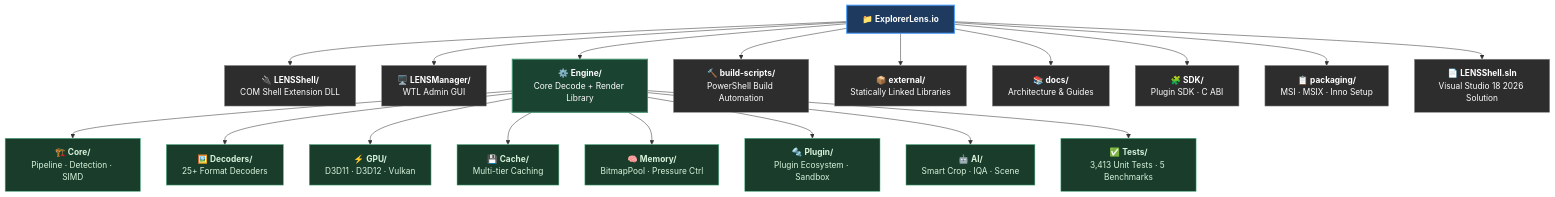
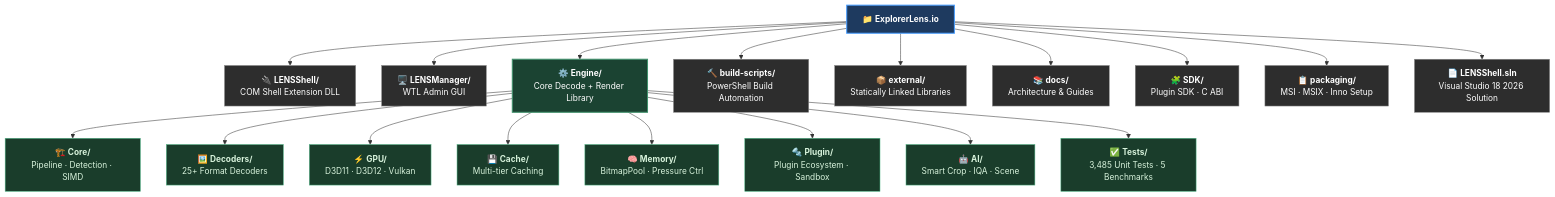
The diagram in README.md (RajwanYair/ExplorerLens.io), drawn with Mermaid before and after one commit. The commit also changed other lines of this file and 20 other files, not shown here.

````diff
--- a/README.md
+++ b/README.md
@@ -206,42 +206,42 @@
 ```mermaid
 graph TD
     ROOT["📁 <b>ExplorerLens.io</b>"]
 
     ROOT --> SHELL["🔌 <b>LENSShell/</b><br/>COM Shell Extension DLL"]
     ROOT --> MGR["🖥️ <b>LENSManager/</b><br/>WTL Admin GUI"]
     ROOT --> ENG["⚙️ <b>Engine/</b><br/>Core Decode + Render Library"]
     ROOT --> BS["🔨 <b>build-scripts/</b><br/>PowerShell Build Automation"]
     ROOT --> EXT["📦 <b>external/</b><br/>Statically Linked Libraries"]
     ROOT --> DOCS["📚 <b>docs/</b><br/>Architecture &amp; Guides"]
     ROOT --> SDK["🧩 <b>SDK/</b><br/>Plugin SDK · C ABI"]
     ROOT --> PKG["📋 <b>packaging/</b><br/>MSI · MSIX · Inno Setup"]
     ROOT --> SLN["📄 <b>LENSShell.sln</b><br/>Visual Studio 18 2026 Solution"]
 
     ENG --> CORE["🏗️ <b>Core/</b><br/>Pipeline · Detection · SIMD"]
     ENG --> DEC["🖼️ <b>Decoders/</b><br/>25+ Format Decoders"]
     ENG --> GPU["⚡ <b>GPU/</b><br/>D3D11 · D3D12 · Vulkan"]
     ENG --> CACHE["💾 <b>Cache/</b><br/>Multi-tier Caching"]
     ENG --> MEM["🧠 <b>Memory/</b><br/>BitmapPool · Pressure Ctrl"]
     ENG --> PLUGIN["🔩 <b>Plugin/</b><br/>Plugin Ecosystem · Sandbox"]
     ENG --> AI["🤖 <b>AI/</b><br/>Smart Crop · IQA · Scene"]
-    ENG --> TESTS["✅ <b>Tests/</b><br/>3,413 Unit Tests · 5 Benchmarks"]
+    ENG --> TESTS["✅ <b>Tests/</b><br/>3,485 Unit Tests · 5 Benchmarks"]
 
     style ROOT fill:#1e3a5f,color:#fff,stroke:#4a9eff,stroke-width:2px
     style ENG  fill:#1b4332,color:#fff,stroke:#40916c,stroke-width:2px
     style SHELL fill:#2d2d2d,color:#fff,stroke:#888
     style MGR   fill:#2d2d2d,color:#fff,stroke:#888
     style BS    fill:#2d2d2d,color:#fff,stroke:#888
     style EXT   fill:#2d2d2d,color:#fff,stroke:#888
     style DOCS  fill:#2d2d2d,color:#fff,stroke:#888
     style SDK   fill:#2d2d2d,color:#fff,stroke:#888
     style PKG   fill:#2d2d2d,color:#fff,stroke:#888
     style SLN   fill:#2d2d2d,color:#fff,stroke:#888
     style CORE   fill:#1a3d2b,color:#d8f3dc,stroke:#52b788
     style DEC    fill:#1a3d2b,color:#d8f3dc,stroke:#52b788
     style GPU    fill:#1a3d2b,color:#d8f3dc,stroke:#52b788
     style CACHE  fill:#1a3d2b,color:#d8f3dc,stroke:#52b788
     style MEM    fill:#1a3d2b,color:#d8f3dc,stroke:#52b788
     style PLUGIN fill:#1a3d2b,color:#d8f3dc,stroke:#52b788
     style AI     fill:#1a3d2b,color:#d8f3dc,stroke:#52b788
     style TESTS  fill:#1a3d2b,color:#d8f3dc,stroke:#52b788
 ```
````
